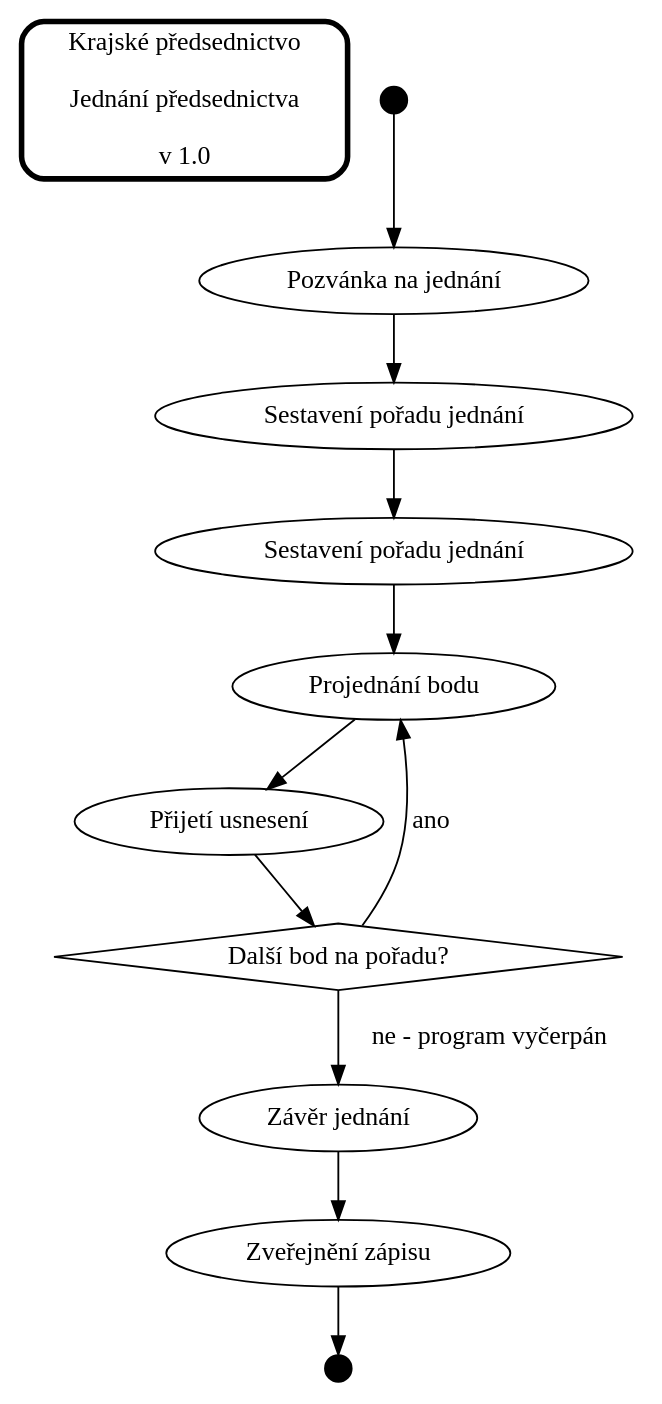
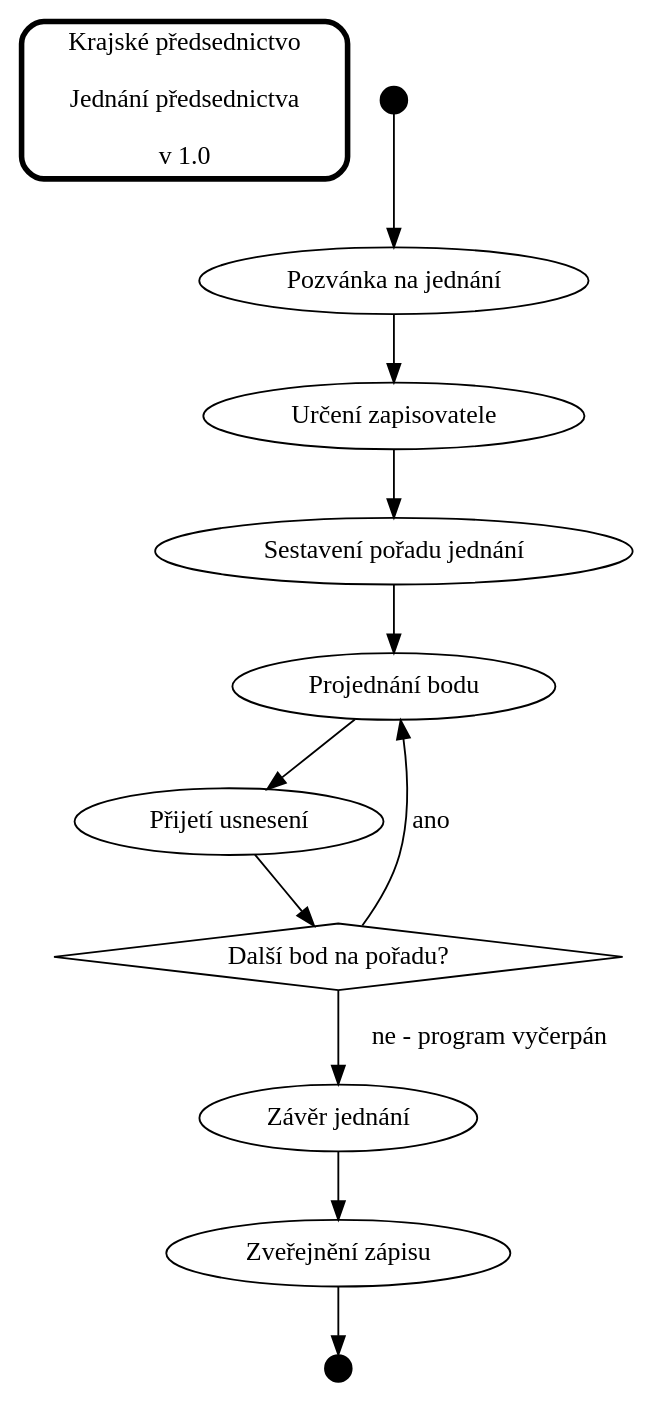
Before and after one commit to jstrachota/party_processes: the diagram in _data/processes/jednani_predsednictva.dot, drawn with Graphviz. The commit also changed 5 other files, not shown here.

```diff
--- a/_data/processes/jednani_predsednictva.dot
+++ b/_data/processes/jednani_predsednictva.dot
@@ -1,21 +1,21 @@
 digraph G {
   owner [shape=rect style=rounded penwidth=3 height=1.0 label="Krajské předsednictvo\n\nJednání předsednictva\n\nv 1.0"]  
 
   start -> pozvanka -> urceni_zapisovatele -> sestaveni_poradu -> projednani_bodu -> prijeti_usneseni -> je_dalsi_bod
   je_dalsi_bod -> projednani_bodu [label="ano"]
   je_dalsi_bod -> zaver [label="ne - program vyčerpán"]
   zaver -> zverejneni_zapisu -> end
 
   je_dalsi_bod [shape=diamond label="Další bod na pořadu?"]
 
   pozvanka [label="Pozvánka na jednání"]
-  urceni_zapisovatele [label="Sestavení pořadu jednání"]
+  urceni_zapisovatele [label="Určení zapisovatele"]
   sestaveni_poradu [label="Sestavení pořadu jednání"]
   projednani_bodu [label="Projednání bodu"]
   prijeti_usneseni [label="Přijetí usnesení"]
   zaver [label="Závěr jednání"]
   zverejneni_zapisu [label="Zveřejnění zápisu"]
 
   start [shape=point height=0.2 label="Start"]
   end [shape=point height=0.2 label="Konec"]
 }
```
